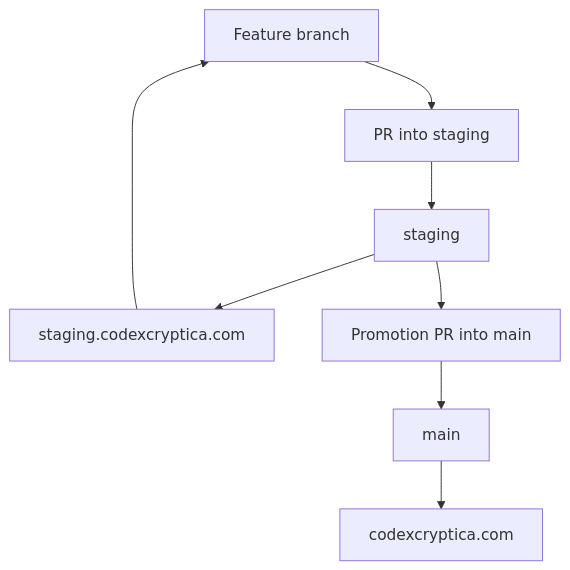
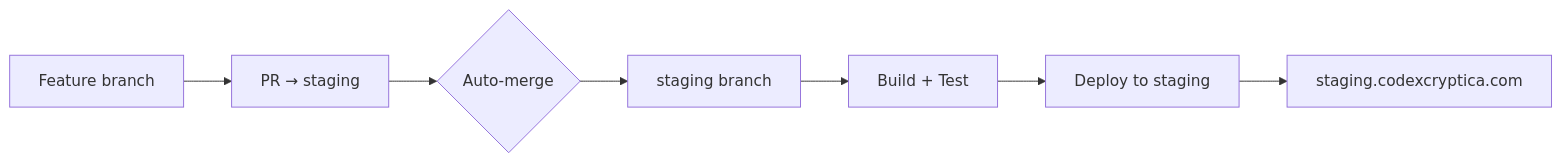
One commit to eserlan/Codex-Cryptica changed the first of 2 diagrams in docs/CI_DEPLOYMENT.md. Above: the diagram before and after it, drawn with Mermaid. The commit also changed other lines of this file and 2 other files, not shown here.

Commit message:
🚀 add artifact-based staging-to-prod promotion workflow

````diff
--- a/docs/CI_DEPLOYMENT.md
+++ b/docs/CI_DEPLOYMENT.md
@@ -41,10 +16,9 @@
 ```mermaid
-flowchart TD
-  A[Feature branch] --> B[PR into staging]
-  B --> C[staging]
-  C --> D[staging.codexcryptica.com]
-  C --> E[Promotion PR into main]
-  E --> F[main]
-  F --> G[codexcryptica.com]
-  D --> A
+flowchart LR
+  A[Feature branch] --> B[PR → staging]
+  B --> C{Auto-merge}
+  C --> D[staging branch]
+  D --> E[Build + Test]
+  E --> F[Deploy to staging]
+  F --> G[staging.codexcryptica.com]
 ```
````
